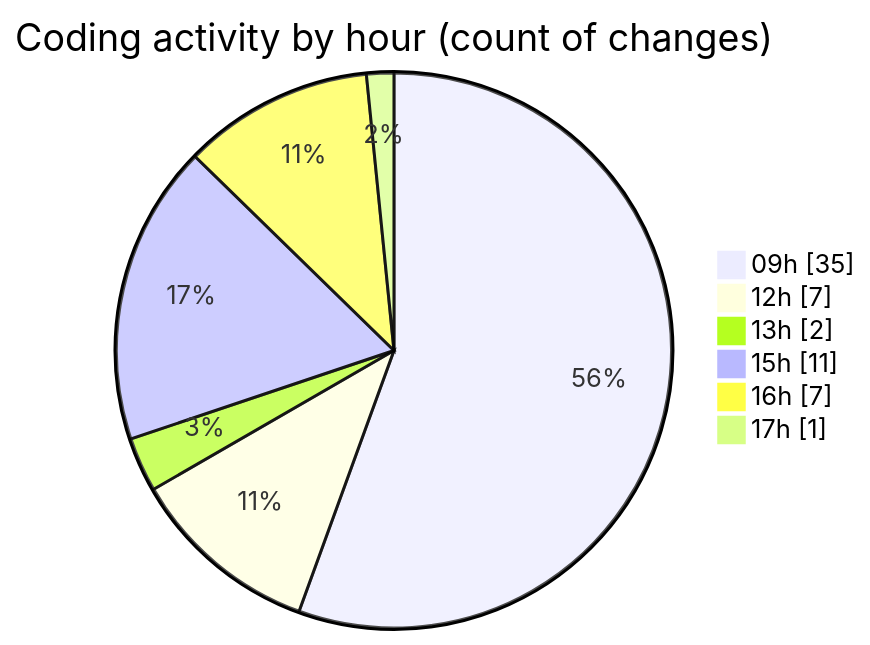
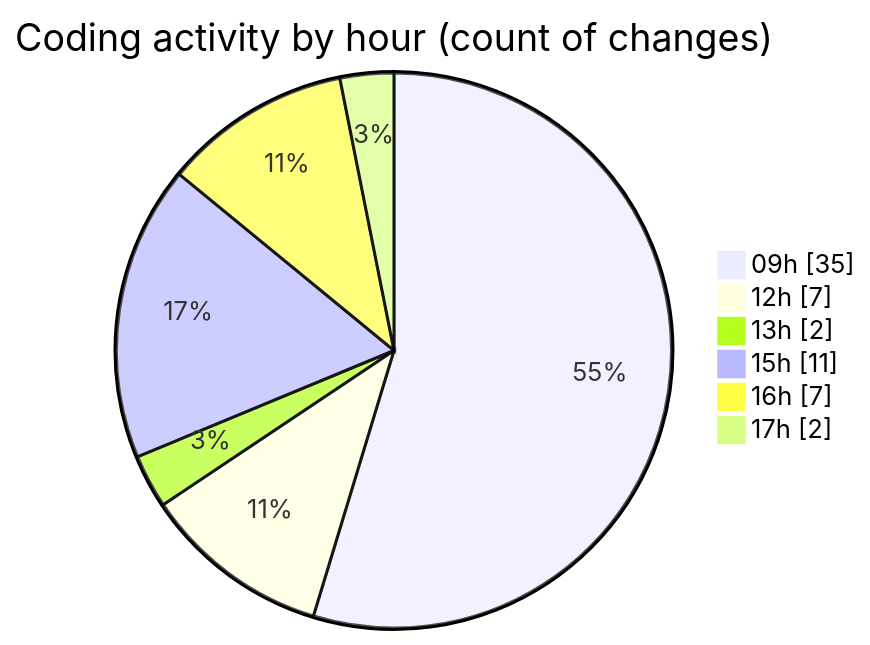
Before and after one commit to momahboobian/code-tracking: the second of 2 diagrams in 2026-06-11/cda/README.md, drawn with Mermaid. The commit also changed other lines of this file and 1 other file, not shown here.

````diff
--- a/2026-06-11/cda/README.md
+++ b/2026-06-11/cda/README.md
@@ -66,10 +66,10 @@
 ```mermaid
 pie showData
 title Coding activity by hour (count of changes)
 "09h" : 35
 "12h" : 7
 "13h" : 2
 "15h" : 11
 "16h" : 7
-"17h" : 1
+"17h" : 2
 ```
````
